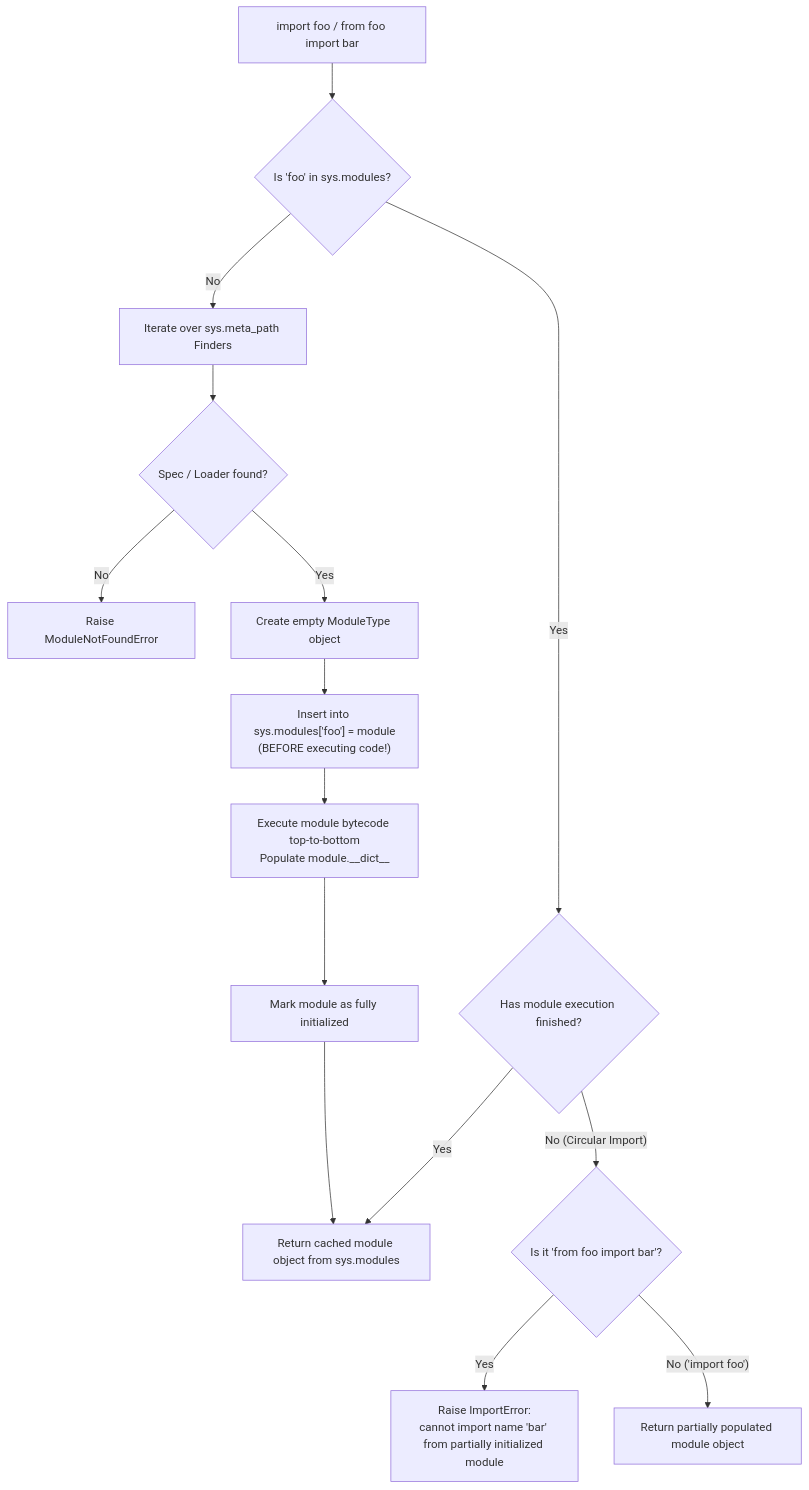
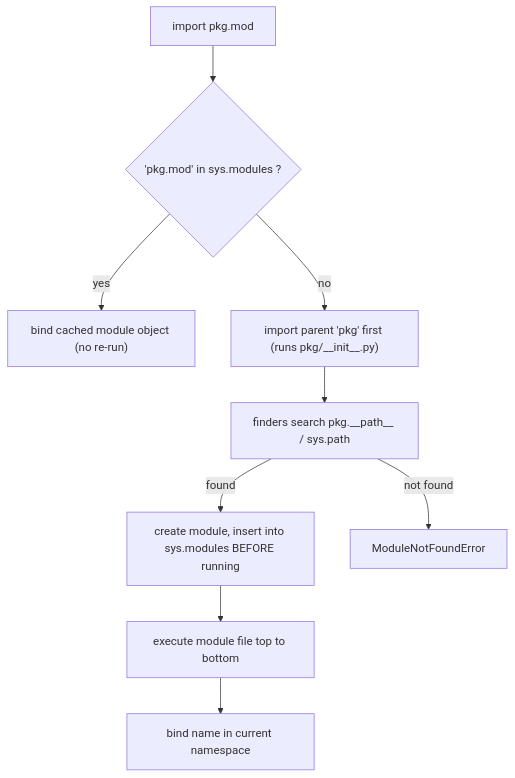
Before and after one commit to TapanKumarBarik/Backend-roadmap: the diagram in content/lld/27-python-interview/17-modules-packages-and-imports/README.md, drawn with Mermaid. The commit also changed other lines of this file and 68 other files, not shown here.

````diff
--- a/content/lld/27-python-interview/17-modules-packages-and-imports/README.md
+++ b/content/lld/27-python-interview/17-modules-packages-and-imports/README.md
@@ -46,20 +27,11 @@
 ```mermaid
 flowchart TD
-    Start["import foo / from foo import bar"] --> CheckCache{"Is 'foo' in sys.modules?"}
-
-    CheckCache -- "Yes" --> IsPartiallyInit{"Has module execution finished?"}
-    IsPartiallyInit -- "Yes" --> ReturnCached["Return cached module object from sys.modules"]
-    IsPartiallyInit -- "No (Circular Import)" --> CheckImportType{"Is it 'from foo import bar'?"}
-    CheckImportType -- "Yes" --> RaisePartial["Raise ImportError:<br>cannot import name 'bar' from partially initialized module"]
-    CheckImportType -- "No ('import foo')" --> ReturnPartial["Return partially populated module object"]
-
-    CheckCache -- "No" --> Finders["Iterate over sys.meta_path Finders"]
-    Finders --> SpecFound{"Spec / Loader found?"}
-    SpecFound -- "No" --> RaiseModuleNotFound["Raise ModuleNotFoundError"]
-
-    SpecFound -- "Yes" --> CreateModuleObj["Create empty ModuleType object"]
-    CreateModuleObj --> InsertCache["Insert into sys.modules['foo'] = module<br>(BEFORE executing code!)"]
-    InsertCache --> ExecCode["Execute module bytecode top-to-bottom<br>Populate module.__dict__"]
-    ExecCode --> FinishModule["Mark module as fully initialized"]
-    FinishModule --> ReturnCached
+  A["import pkg.mod"] --> B{"'pkg.mod' in sys.modules ?"}
+  B -->|yes| C["bind cached module object (no re-run)"]
+  B -->|no| D["import parent 'pkg' first (runs pkg/__init__.py)"]
+  D --> E["finders search pkg.__path__ / sys.path"]
+  E -->|found| F["create module, insert into sys.modules BEFORE running"]
+  F --> G["execute module file top to bottom"]
+  G --> H["bind name in current namespace"]
+  E -->|not found| X["ModuleNotFoundError"]
 ```
````
